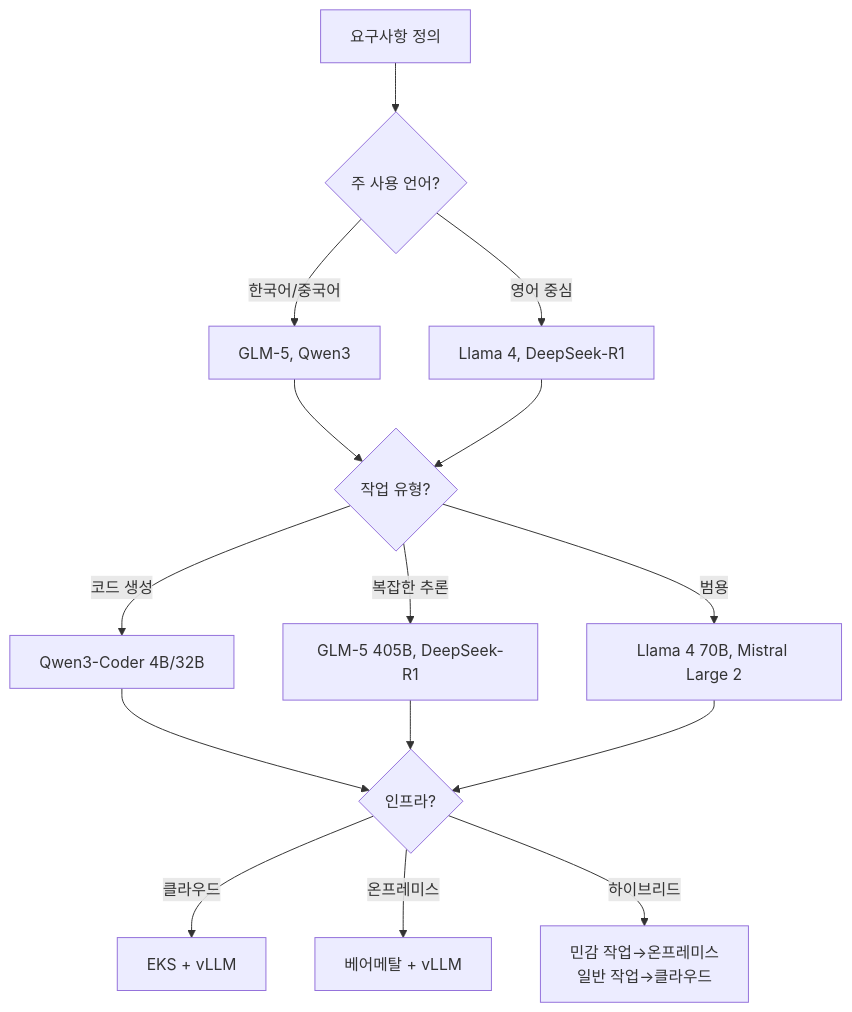
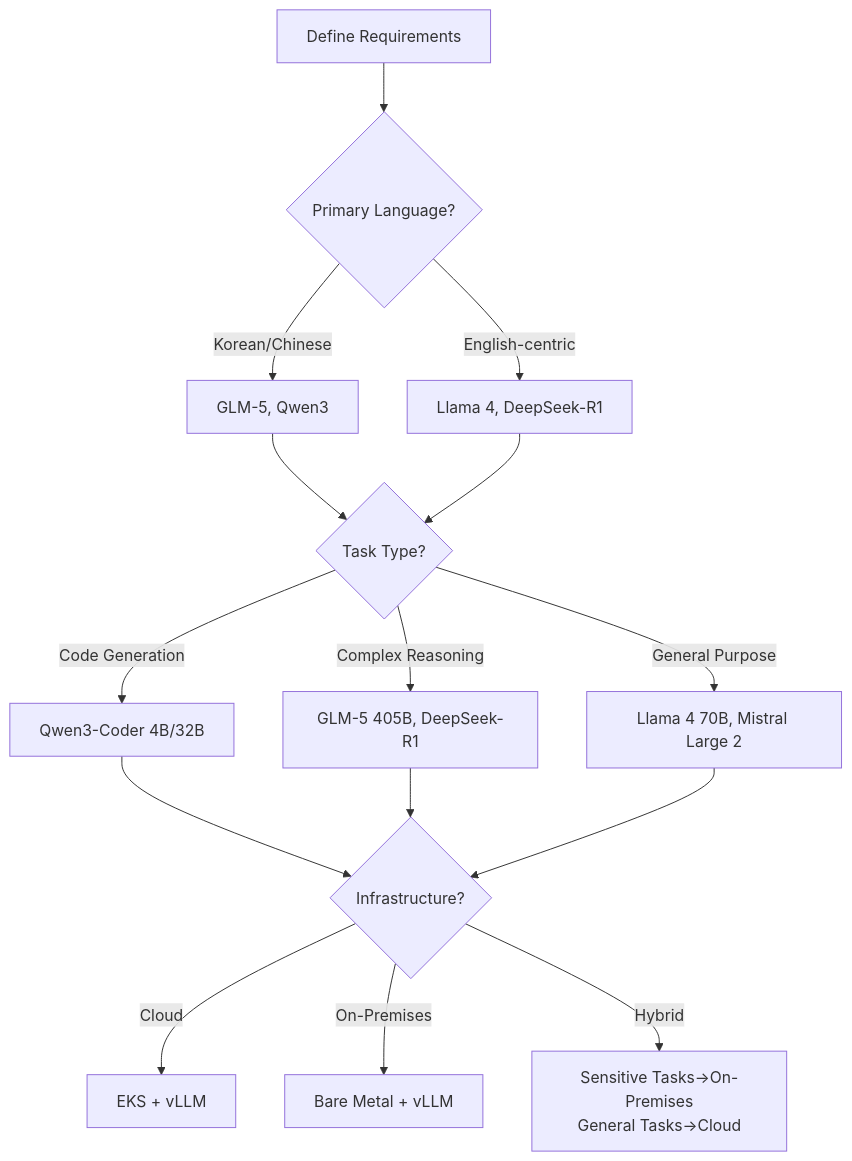
Before and after one commit to devfloor9/engineering-playbook: the second of 4 diagrams in docs/aidlc/toolchain/open-weight-models.md, drawn with Mermaid. The commit also changed other lines of this file and 954 other files, not shown here.

````diff
--- a/docs/aidlc/toolchain/open-weight-models.md
+++ b/docs/aidlc/toolchain/open-weight-models.md
@@ -70,17 +70,17 @@
 ```mermaid
 graph TD
-    A[요구사항 정의] --> B{주 사용 언어?}
-    B -->|한국어/중국어| C[GLM-5, Qwen3]
-    B -->|영어 중심| D[Llama 4, DeepSeek-R1]
-    C --> E{작업 유형?}
+    A[Define Requirements] --> B{Primary Language?}
+    B -->|Korean/Chinese| C[GLM-5, Qwen3]
+    B -->|English-centric| D[Llama 4, DeepSeek-R1]
+    C --> E{Task Type?}
     D --> E
-    E -->|코드 생성| F[Qwen3-Coder 4B/32B]
-    E -->|복잡한 추론| G[GLM-5 405B, DeepSeek-R1]
-    E -->|범용| H[Llama 4 70B, Mistral Large 2]
-    F --> I{인프라?}
+    E -->|Code Generation| F[Qwen3-Coder 4B/32B]
+    E -->|Complex Reasoning| G[GLM-5 405B, DeepSeek-R1]
+    E -->|General Purpose| H[Llama 4 70B, Mistral Large 2]
+    F --> I{Infrastructure?}
     G --> I
     H --> I
-    I -->|클라우드| J[EKS + vLLM]
-    I -->|온프레미스| K[베어메탈 + vLLM]
-    I -->|하이브리드| L[민감 작업→온프레미스<br/>일반 작업→클라우드]
+    I -->|Cloud| J[EKS + vLLM]
+    I -->|On-Premises| K[Bare Metal + vLLM]
+    I -->|Hybrid| L[Sensitive Tasks→On-Premises<br/>General Tasks→Cloud]
 ```
````
